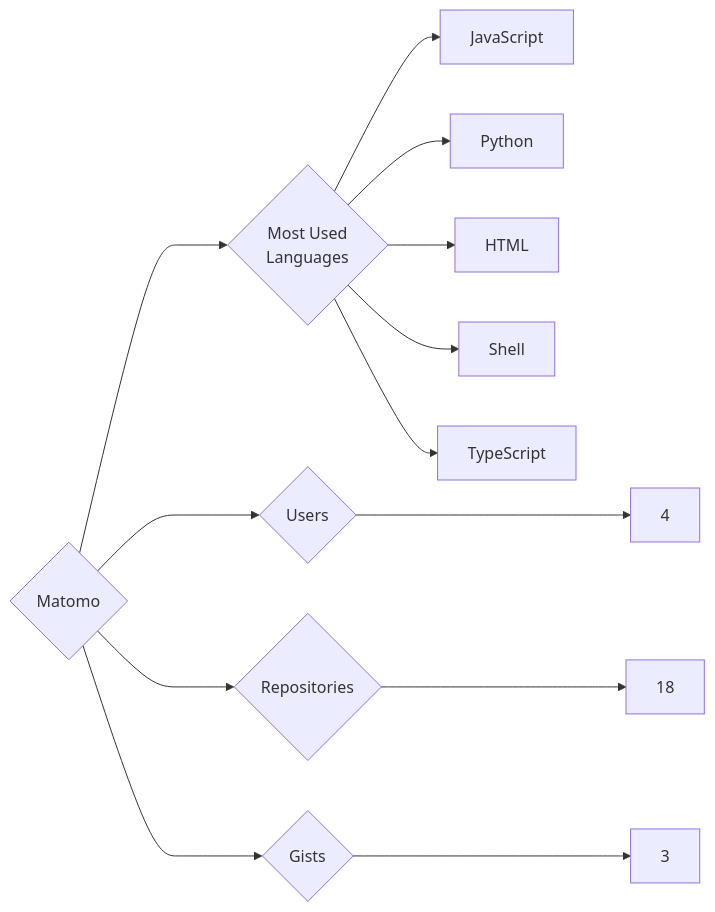
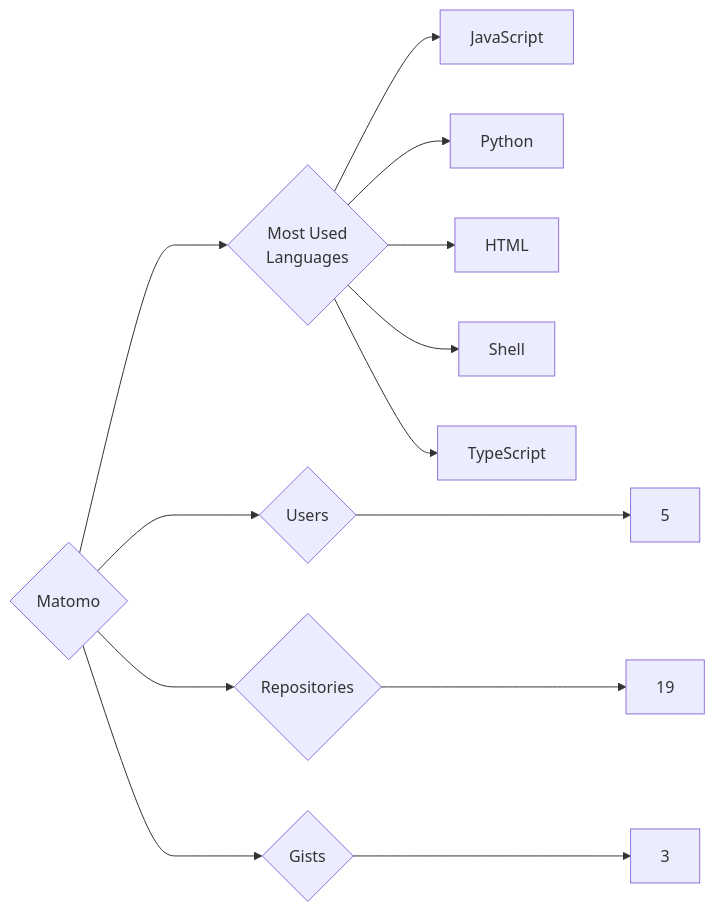
The diagram in targets/Matomo/README.md (trickest/insiders), drawn with Mermaid before and after one commit. The commit also changed 870 other files, not shown here.

````diff
--- a/targets/Matomo/README.md
+++ b/targets/Matomo/README.md
@@ -3,13 +3,13 @@
 ```mermaid
 graph LR
 COMPANY_NAME{Matomo}
-COMPANY_NAME ---> U{Users} ---> UN[4]
-COMPANY_NAME ---> R{Repositories} ---> RN[18]
+COMPANY_NAME ---> U{Users} ---> UN[5]
+COMPANY_NAME ---> R{Repositories} ---> RN[19]
 COMPANY_NAME ---> G{Gists} ---> GN[3]
 COMPANY_NAME ---> ML{Most Used<br>Languages}
 ML --> JavaScript[JavaScript]
 ML --> Python[Python]
 ML --> HTML[HTML]
 ML --> Shell[Shell]
 ML --> TypeScript[TypeScript]
 ```
````
